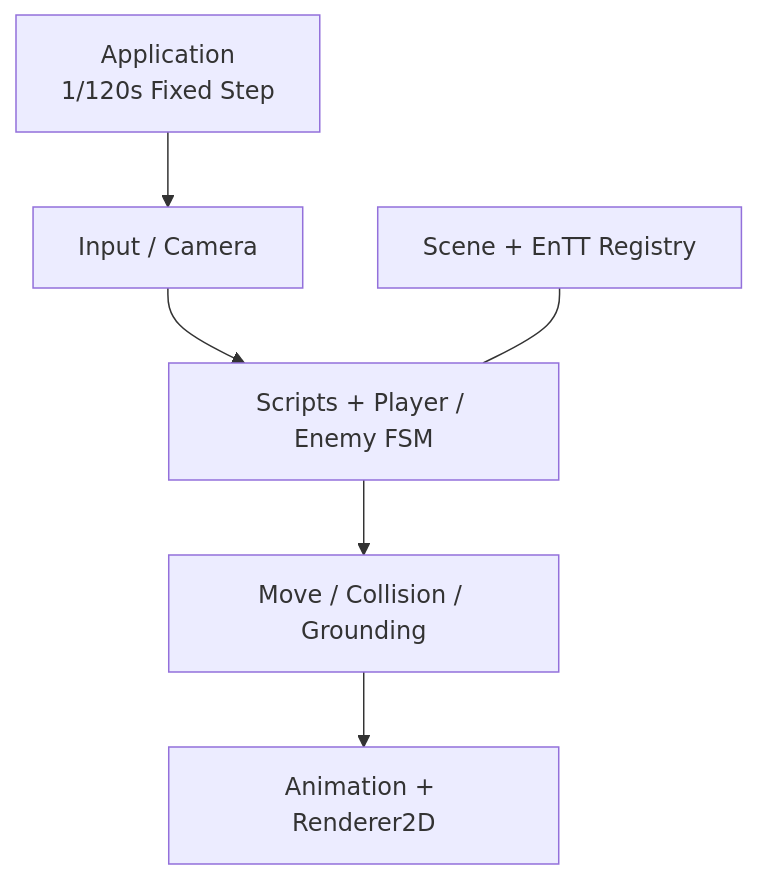
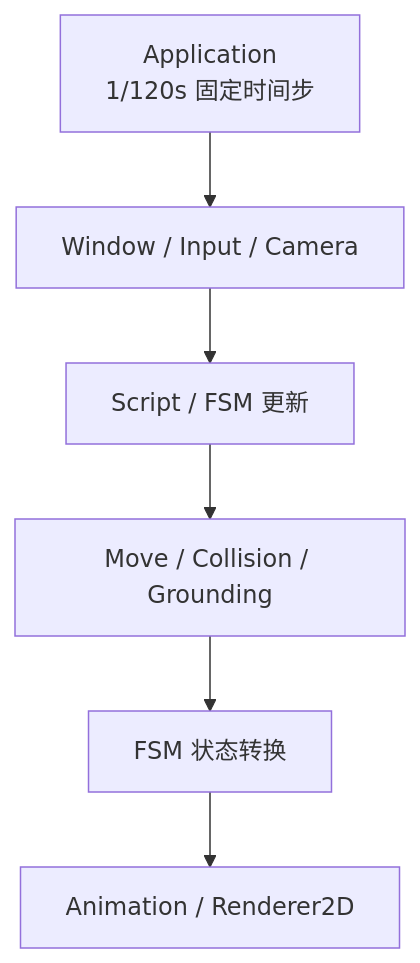
One commit to AAAiee/Rubber-2D-Game-Engine changed the diagram in README.md. Above: the diagram before and after it, drawn with Mermaid. The commit also changed other lines of this file, not shown here.

````diff
--- a/README.md
+++ b/README.md
@@ -54,8 +54,8 @@
 ```mermaid
 flowchart TB
-    Loop["Application<br/>1/120s Fixed Step"] --> Input["Input / Camera"]
-    Input --> Gameplay["Scripts + Player / Enemy FSM"]
-    Gameplay --> Simulation["Move / Collision / Grounding"]
-    Simulation --> Presentation["Animation + Renderer2D"]
-    Registry["Scene + EnTT Registry"] --- Gameplay
+    Loop["Application<br/>1/120s 固定时间步"] --> Input["Window / Input / Camera"]
+    Input --> Logic["Script / FSM 更新"]
+    Logic --> Simulation["Move / Collision / Grounding"]
+    Simulation --> Transitions["FSM 状态转换"]
+    Transitions --> Output["Animation / Renderer2D"]
 ```
````
